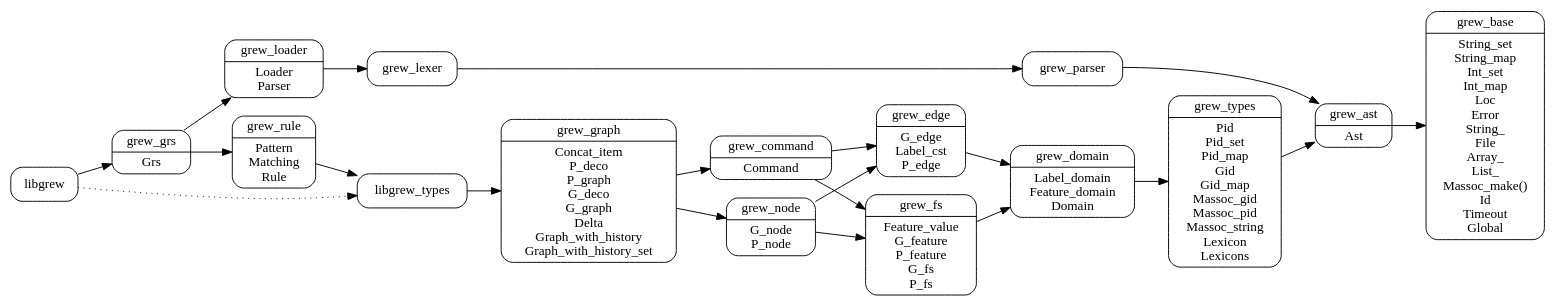
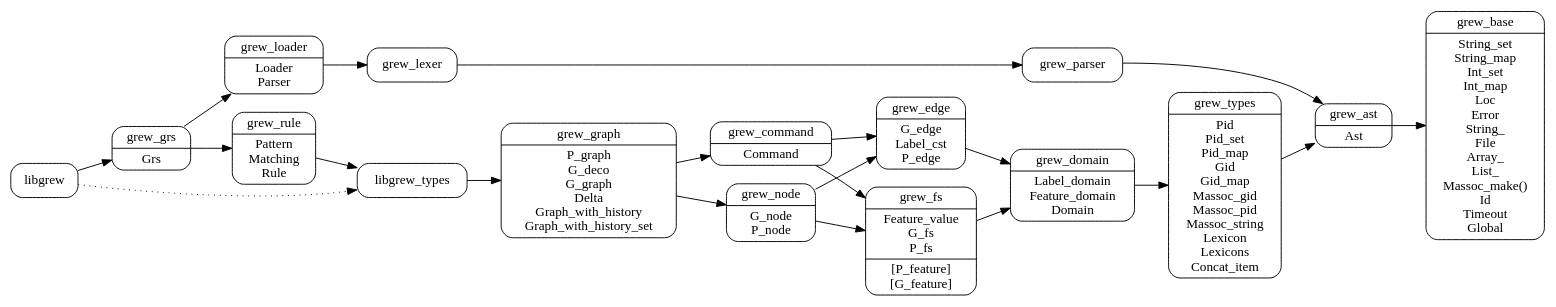
Before and after one commit to grew-nlp/grewlib: the diagram in dev/arch.dot, drawn with Graphviz. The commit also changed 4 other files, not shown here.

```diff
--- a/dev/arch.dot
+++ b/dev/arch.dot
@@ -1,33 +1,33 @@
 digraph grew {
   node [shape=Mrecord];
   rankdir = LR;
   grew_base [label="grew_base|String_set\nString_map\nInt_set\nInt_map\nLoc\nError\nString_\nFile\nArray_\nList_\nMassoc_make()\nId\nTimeout\nGlobal"]
-  grew_types [label="grew_types|Pid\nPid_set\nPid_map\nGid\nGid_map\nMassoc_gid\nMassoc_pid\nMassoc_string\nLexicon\nLexicons"]
+  grew_types [label="grew_types|Pid\nPid_set\nPid_map\nGid\nGid_map\nMassoc_gid\nMassoc_pid\nMassoc_string\nLexicon\nLexicons\nConcat_item"]
   grew_ast [label="grew_ast|Ast"]
   grew_domain [label="grew_domain|Label_domain\nFeature_domain\nDomain"]
   grew_loader [label="grew_loader|Loader\nParser"]
-  grew_fs [label="grew_fs|Feature_value\nG_feature\nP_feature\nG_fs\nP_fs"]
+  grew_fs [label="grew_fs|Feature_value\nG_fs\nP_fs|[P_feature]\n[G_feature]"]
   grew_edge [label="grew_edge|G_edge\nLabel_cst\nP_edge"]
   grew_node [label="grew_node|G_node\nP_node"]
   grew_command [label="grew_command|Command"]
-  grew_graph [label="grew_graph|Concat_item\nP_deco\nP_graph\nG_deco\nG_graph\nDelta\nGraph_with_history\nGraph_with_history_set"]
+  grew_graph [label="grew_graph|P_graph\nG_deco\nG_graph\nDelta\nGraph_with_history\nGraph_with_history_set"]
   grew_rule [label="grew_rule|Pattern\nMatching\nRule"]
   grew_grs [label="grew_grs|Grs"]
 
 grew_domain -> grew_types -> grew_ast -> grew_base
 grew_edge -> grew_domain
 grew_fs -> grew_domain
 grew_command -> grew_edge
 grew_command -> grew_fs
 grew_node -> grew_edge
 grew_node -> grew_fs
 grew_graph -> grew_node
 grew_graph -> grew_command
 libgrew_types -> grew_graph
 grew_rule -> libgrew_types
 grew_grs -> grew_rule
 grew_grs -> grew_loader -> grew_lexer -> grew_parser -> grew_ast
 libgrew -> grew_grs
 
 libgrew -> libgrew_types [style=dotted]
 }
```
